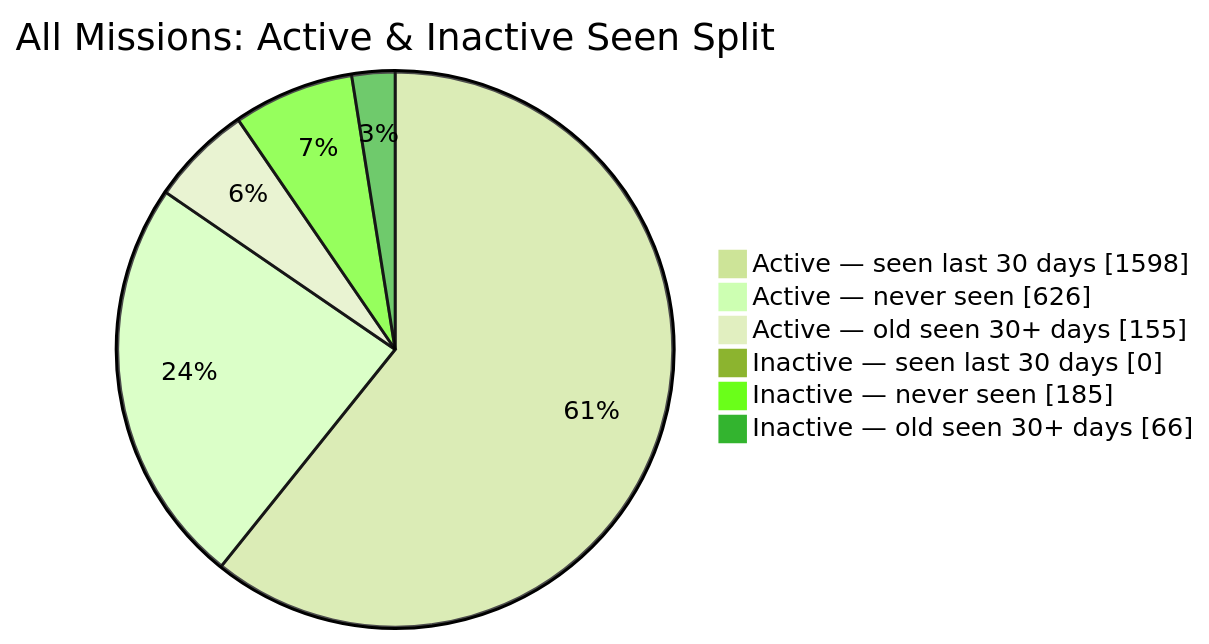
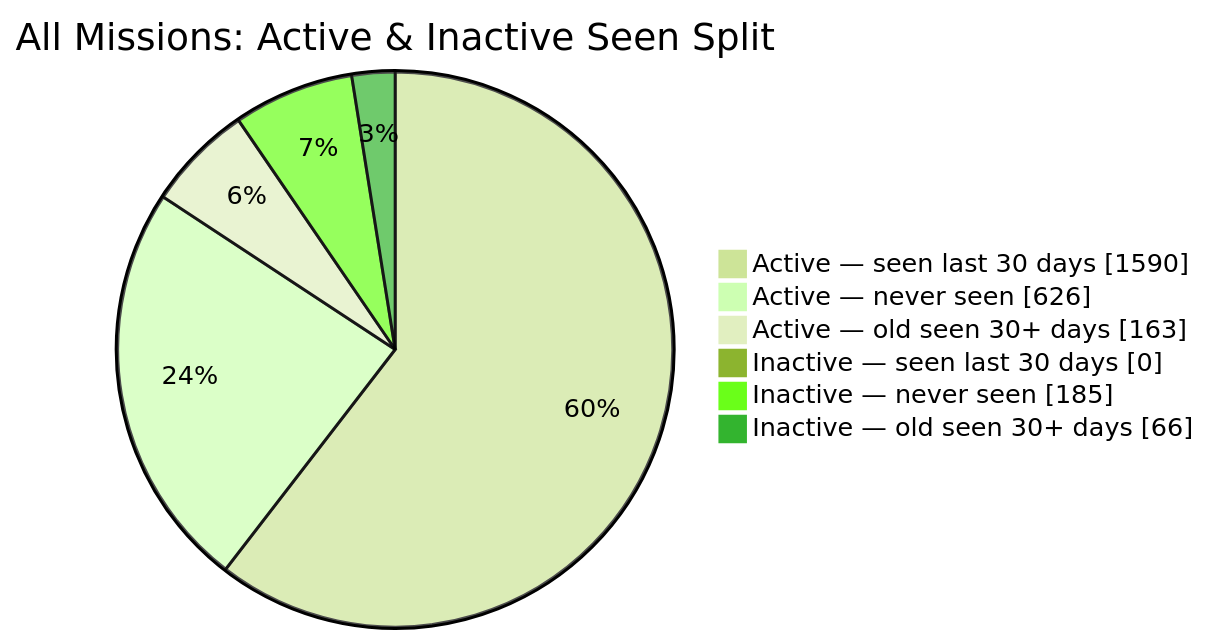
The second of 2 diagrams in README.md (MeldkamerspelGameTeam/active-missions), drawn with Mermaid (forest theme) before and after one commit. The commit also changed other lines of this file and 3 other files, not shown here.

````diff
--- a/README.md
+++ b/README.md
@@ -44,10 +44,10 @@
 ```mermaid
 pie showData
     title All Missions: Active & Inactive Seen Split
-    "Active — seen last 30 days" : 1598
+    "Active — seen last 30 days" : 1590
     "Active — never seen" : 626
-    "Active — old seen 30+ days" : 155
+    "Active — old seen 30+ days" : 163
     "Inactive — seen last 30 days" : 0
     "Inactive — never seen" : 185
     "Inactive — old seen 30+ days" : 66
 ```
````
